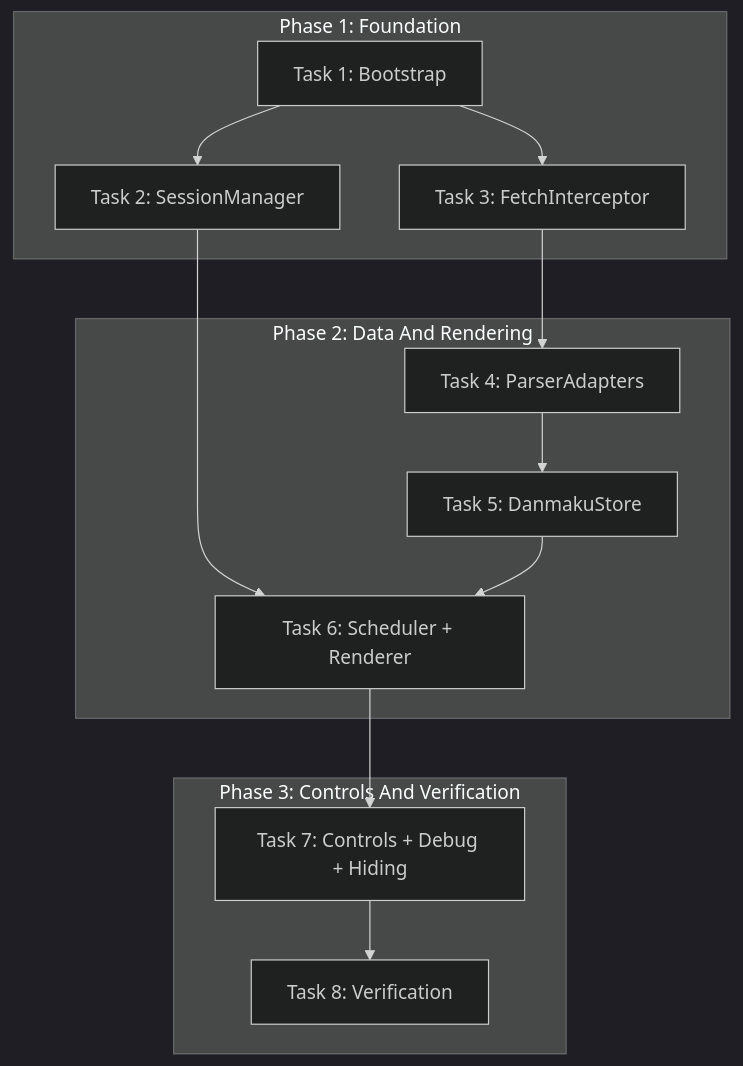
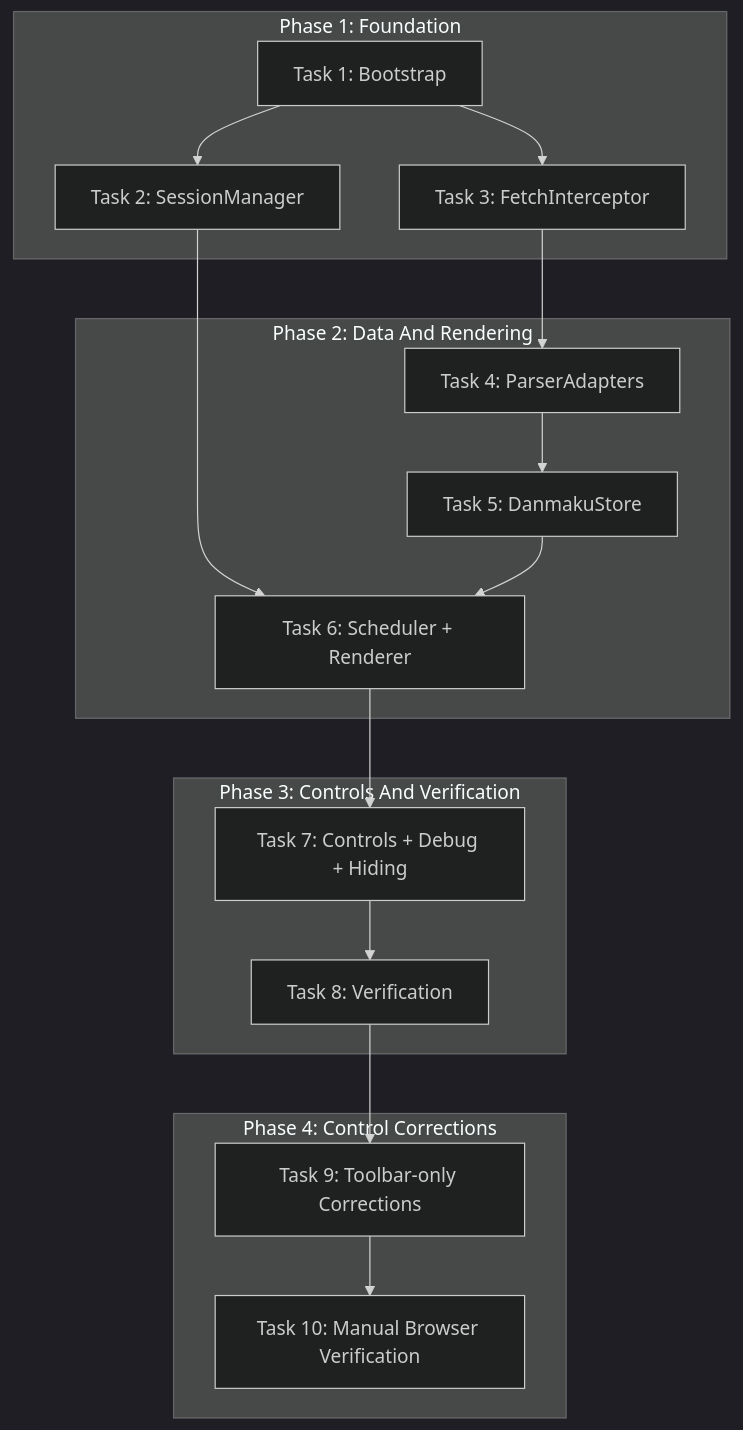
Before and after one commit to Loong111/AniCh-dandanPlay: the diagram in docs/plan/dependency-graph.md, drawn with Mermaid (dark theme). The commit also changed 8 other files, not shown here.

````diff
--- a/docs/plan/dependency-graph.md
+++ b/docs/plan/dependency-graph.md
@@ -3,27 +3,34 @@
 ```mermaid
 graph TD
     subgraph Phase1 [Phase 1: Foundation]
         T1[Task 1: Bootstrap]
         T2[Task 2: SessionManager]
         T3[Task 3: FetchInterceptor]
         T1 --> T2
         T1 --> T3
     end
 
     subgraph Phase2 [Phase 2: Data And Rendering]
         T4[Task 4: ParserAdapters]
         T5[Task 5: DanmakuStore]
         T6[Task 6: Scheduler + Renderer]
         T3 --> T4
         T4 --> T5
         T2 --> T6
         T5 --> T6
     end
 
     subgraph Phase3 [Phase 3: Controls And Verification]
         T7[Task 7: Controls + Debug + Hiding]
         T8[Task 8: Verification]
         T6 --> T7
         T7 --> T8
     end
+
+    subgraph Phase4 [Phase 4: Control Corrections]
+        T9[Task 9: Toolbar-only Corrections]
+        T10[Task 10: Manual Browser Verification]
+        T8 --> T9
+        T9 --> T10
+    end
 ```
````
